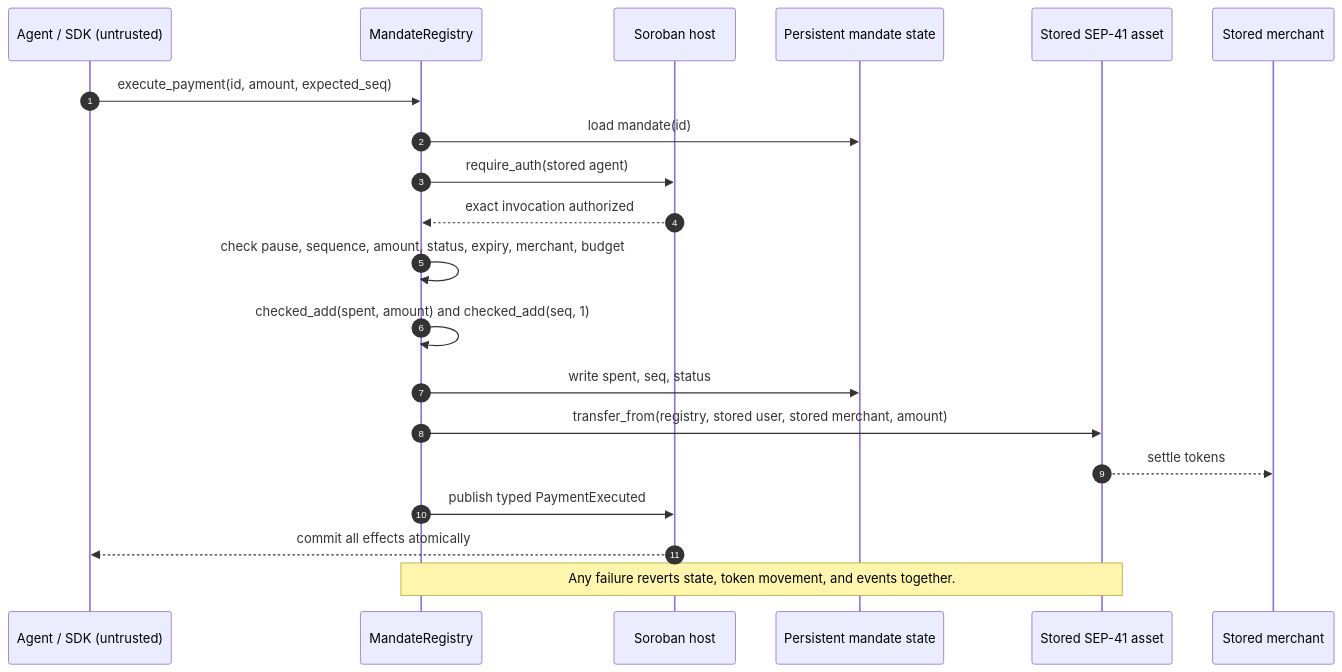
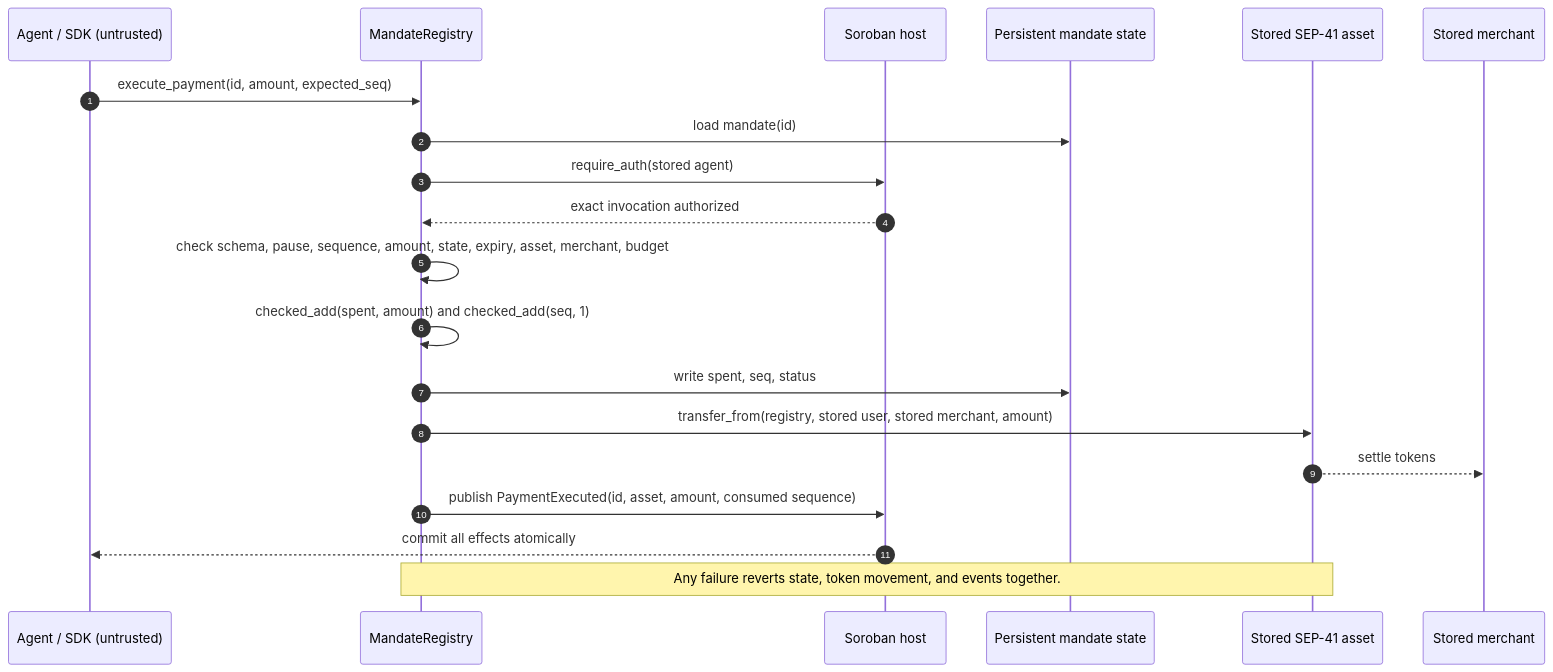
The fourth of 6 diagrams in contracts/mainnet-v2/README.md (ackrate/ackrate-protocol-contracts), drawn with Mermaid before and after one commit. The commit also changed other lines of this file and 60 other files, not shown here.

````diff
--- a/contracts/mainnet-v2/README.md
+++ b/contracts/mainnet-v2/README.md
@@ -178,24 +185,24 @@
 ```mermaid
 sequenceDiagram
     autonumber
     participant A as Agent / SDK (untrusted)
     participant R as MandateRegistry
     participant H as Soroban host
     participant S as Persistent mandate state
     participant T as Stored SEP-41 asset
     participant M as Stored merchant
 
     A->>R: execute_payment(id, amount, expected_seq)
     R->>S: load mandate(id)
     R->>H: require_auth(stored agent)
     H-->>R: exact invocation authorized
-    R->>R: check pause, sequence, amount, status, expiry, merchant, budget
+    R->>R: check schema, pause, sequence, amount, state, expiry, asset, merchant, budget
     R->>R: checked_add(spent, amount) and checked_add(seq, 1)
     R->>S: write spent, seq, status
     R->>T: transfer_from(registry, stored user, stored merchant, amount)
     T-->>M: settle tokens
-    R->>H: publish typed PaymentExecuted
+    R->>H: publish PaymentExecuted(id, asset, amount, consumed sequence)
     H-->>A: commit all effects atomically
 
     Note over R,T: Any failure reverts state, token movement, and events together.
 ```
````
